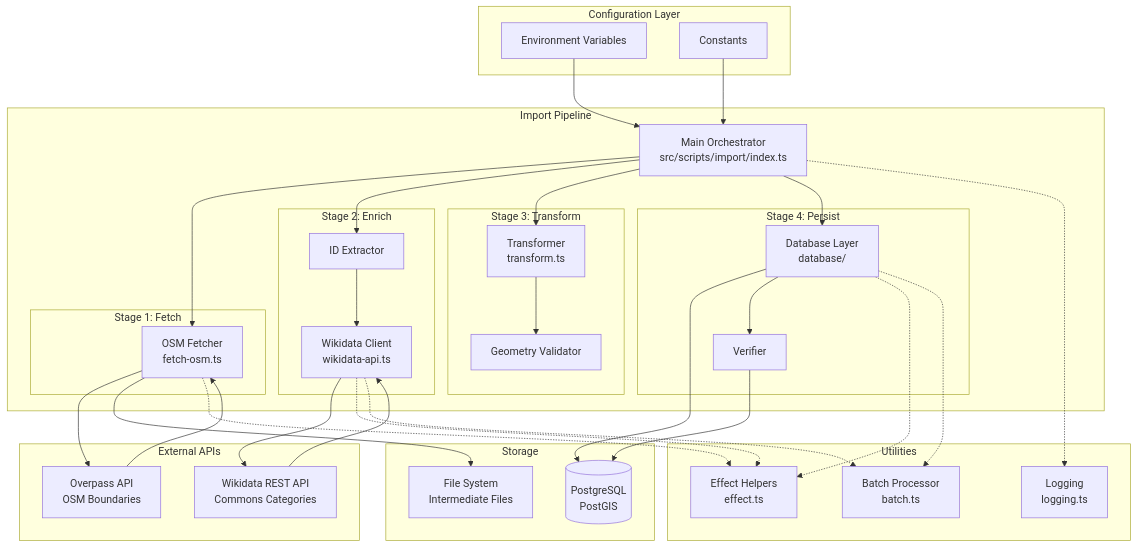
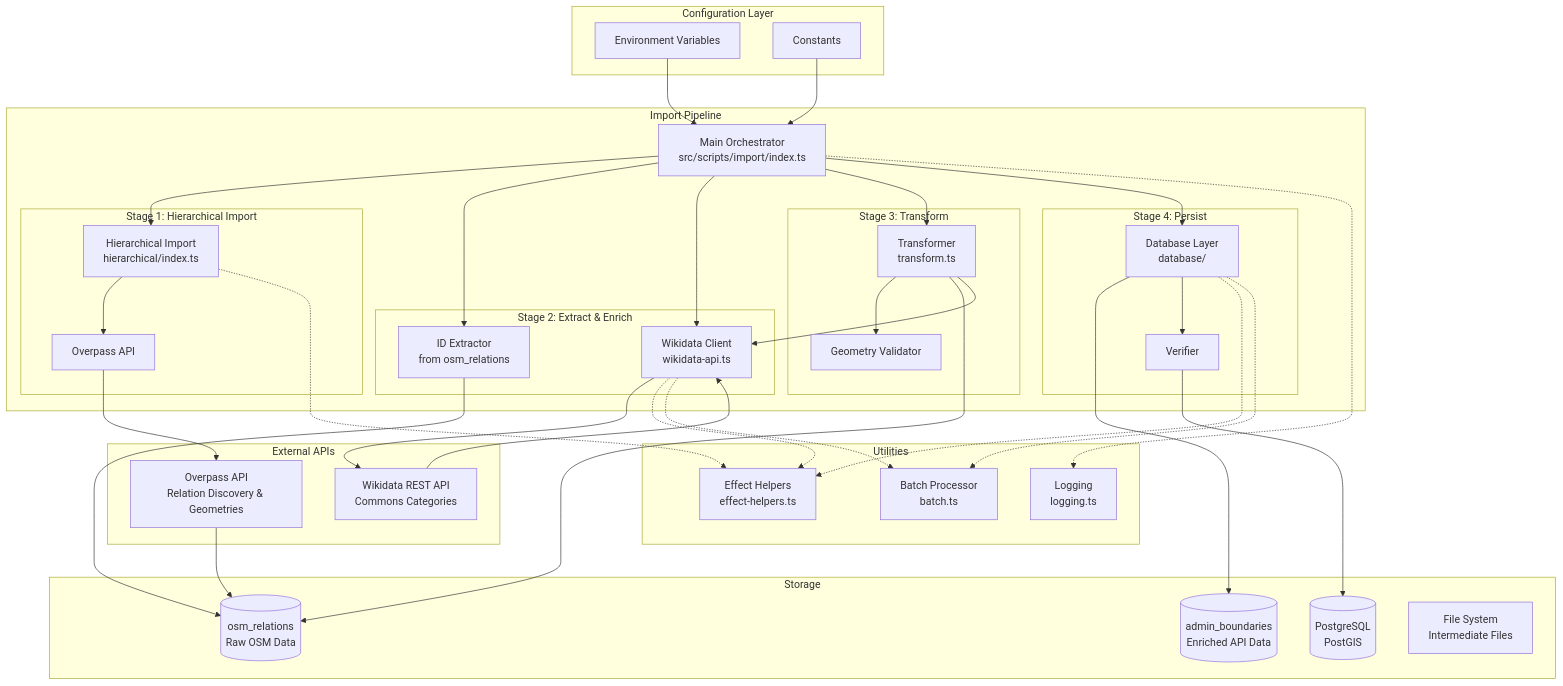
Before and after one commit to DaxServer/geocode-commons-categories: the first of 9 diagrams in docs/import/architecture.md, drawn with Mermaid. The commit also changed other lines of this file and 12 other files, not shown here.

```diff
--- a/docs/import/architecture.md
+++ b/docs/import/architecture.md
@@ -14,12 +14,13 @@
     subgraph "Import Pipeline"
         ORCHESTRATOR[Main Orchestrator<br/>src/scripts/import/index.ts]
 
-        subgraph "Stage 1: Fetch"
-            OSM[OSM Fetcher<br/>fetch-osm.ts]
+        subgraph "Stage 1: Hierarchical Import"
+            HIER[Hierarchical Import<br/>hierarchical/index.ts]
+            OVERPASS[Overpass API]
         end
 
-        subgraph "Stage 2: Enrich"
-            EXTRACT[ID Extractor]
+        subgraph "Stage 2: Extract & Enrich"
+            EXTRACT[ID Extractor<br/>from osm_relations]
             WIKIDATA[Wikidata Client<br/>wikidata-api.ts]
         end
 
@@ -35,17 +36,19 @@
     end
 
     subgraph "External APIs"
-        OVERPASS[Overpass API<br/>OSM Boundaries]
+        OVERPASS_API[Overpass API<br/>Relation Discovery & Geometries]
         WD_API[Wikidata REST API<br/>Commons Categories]
     end
 
     subgraph "Storage"
         POSTGRES[(PostgreSQL<br/>PostGIS)]
+        OSM_REL[(osm_relations<br/>Raw OSM Data)]
+        ADMIN_BND[(admin_boundaries<br/>Enriched API Data)]
         FILES[File System<br/>Intermediate Files]
     end
 
     subgraph "Utilities"
-        EFFECT[Effect Helpers<br/>effect.ts]
+        EFFECT[Effect Helpers<br/>effect-helpers.ts]
         BATCH[Batch Processor<br/>batch.ts]
         LOGGING[Logging<br/>logging.ts]
     end
@@ -53,25 +56,29 @@
     ENV --> ORCHESTRATOR
     CONSTANTS --> ORCHESTRATOR
 
-    ORCHESTRATOR --> OSM
-    OSM --> OVERPASS
-    OVERPASS --> OSM
-    OSM --> FILES
+    ORCHESTRATOR --> HIER
+    HIER --> OVERPASS
+    OVERPASS --> OVERPASS_API
+    OVERPASS_API --> OSM_REL
 
     ORCHESTRATOR --> EXTRACT
-    EXTRACT --> WIKIDATA
+    EXTRACT --> OSM_REL
+
+    ORCHESTRATOR --> WIKIDATA
     WIKIDATA --> WD_API
     WD_API --> WIKIDATA
 
     ORCHESTRATOR --> TRANSFORM
     TRANSFORM --> VALIDATE
+    TRANSFORM --> OSM_REL
+    TRANSFORM --> WIKIDATA
 
     ORCHESTRATOR --> DATABASE
-    DATABASE --> POSTGRES
+    DATABASE --> ADMIN_BND
     DATABASE --> VERIFY
     VERIFY --> POSTGRES
 
-    OSM -.-> EFFECT
+    HIER -.-> EFFECT
     WIKIDATA -.-> EFFECT
     DATABASE -.-> EFFECT
 
```
